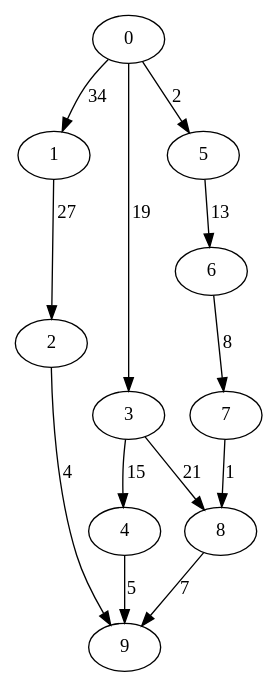
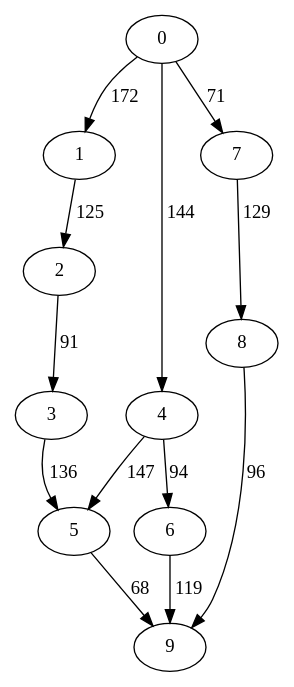
One commit to asaloniti/DagScheduling_old changed the diagram in dotfiles/data.dot. Above: the diagram before and after it, drawn with Graphviz. The commit also changed 3 other files, not shown here.

```diff
--- a/dotfiles/data.dot
+++ b/dotfiles/data.dot
@@ -1,14 +1,14 @@
 digraph data {
-0 -> 1 [ label = 34 ];
-0 -> 3 [ label = 19 ];
-0 -> 5 [ label = 2 ];
-1 -> 2 [ label = 27 ];
-2 -> 9 [ label = 4 ];
-3 -> 4 [ label = 15 ];
-3 -> 8 [ label = 21 ];
-4 -> 9 [ label = 5 ];
-5 -> 6 [ label = 13 ];
-6 -> 7 [ label = 8 ];
-7 -> 8 [ label = 1 ];
-8 -> 9 [ label = 7 ];
+0 -> 1 [ label = 172 ];
+0 -> 4 [ label = 144 ];
+0 -> 7 [ label = 71 ];
+1 -> 2 [ label = 125 ];
+2 -> 3 [ label = 91 ];
+3 -> 5 [ label = 136 ];
+4 -> 5 [ label = 147 ];
+4 -> 6 [ label = 94 ];
+5 -> 9 [ label = 68 ];
+6 -> 9 [ label = 119 ];
+7 -> 8 [ label = 129 ];
+8 -> 9 [ label = 96 ];
  }
```
